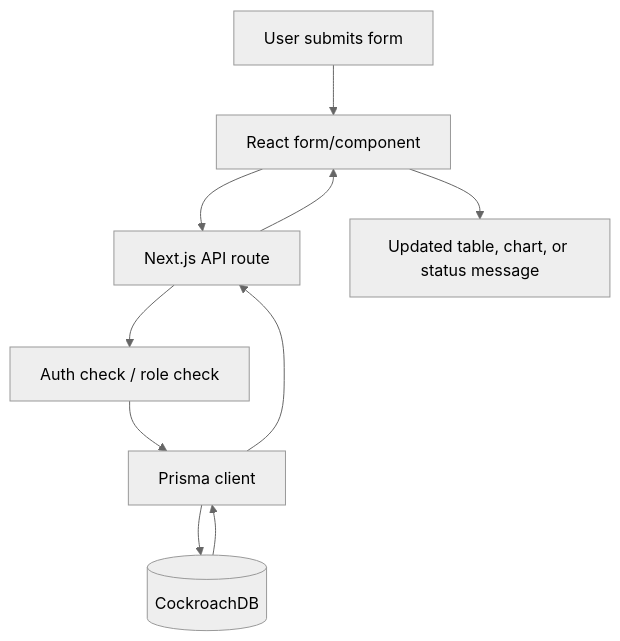
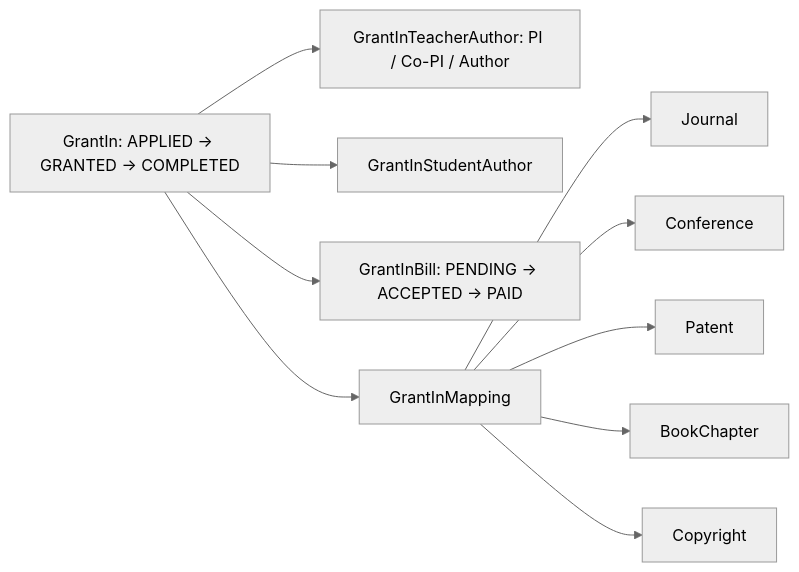
The sixth of 8 diagrams in PROJECT_OVERVIEW.md (SumanMishra2004/sumanIedc), drawn with Mermaid (neutral theme) before and after one commit. The commit also changed other lines of this file and 4 other files, not shown here.

Commit message:
new update schema addded

````diff
--- a/PROJECT_OVERVIEW.md
+++ b/PROJECT_OVERVIEW.md
@@ -87,12 +205,12 @@
 ```mermaid
-flowchart TD
-  U[User submits form] --> UI[React form/component]
-  UI --> API[Next.js API route]
-  API --> AUTH[Auth check / role check]
-  AUTH --> PRISMA[Prisma client]
-  PRISMA --> DB[(CockroachDB)]
-  DB --> PRISMA
-  PRISMA --> API
-  API --> UI
-  UI --> VIEW[Updated table, chart, or status message]
+flowchart LR
+  GI[GrantIn: APPLIED → GRANTED → COMPLETED] --> GIT[GrantInTeacherAuthor: PI / Co-PI / Author]
+  GI --> GIS[GrantInStudentAuthor]
+  GI --> GB[GrantInBill: PENDING → ACCEPTED → PAID]
+  GI --> GM[GrantInMapping]
+  GM --> J2[Journal]
+  GM --> C2[Conference]
+  GM --> P2[Patent]
+  GM --> BC[BookChapter]
+  GM --> CR[Copyright]
 ```
````
